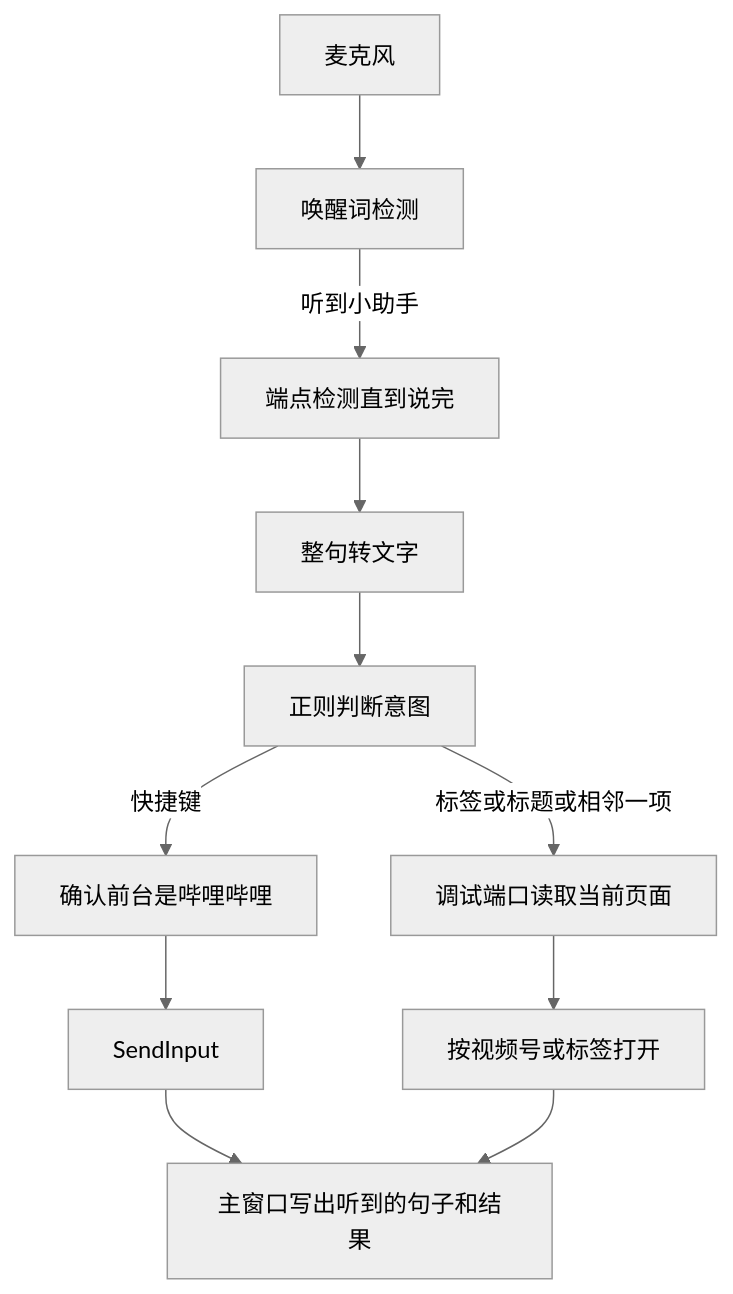
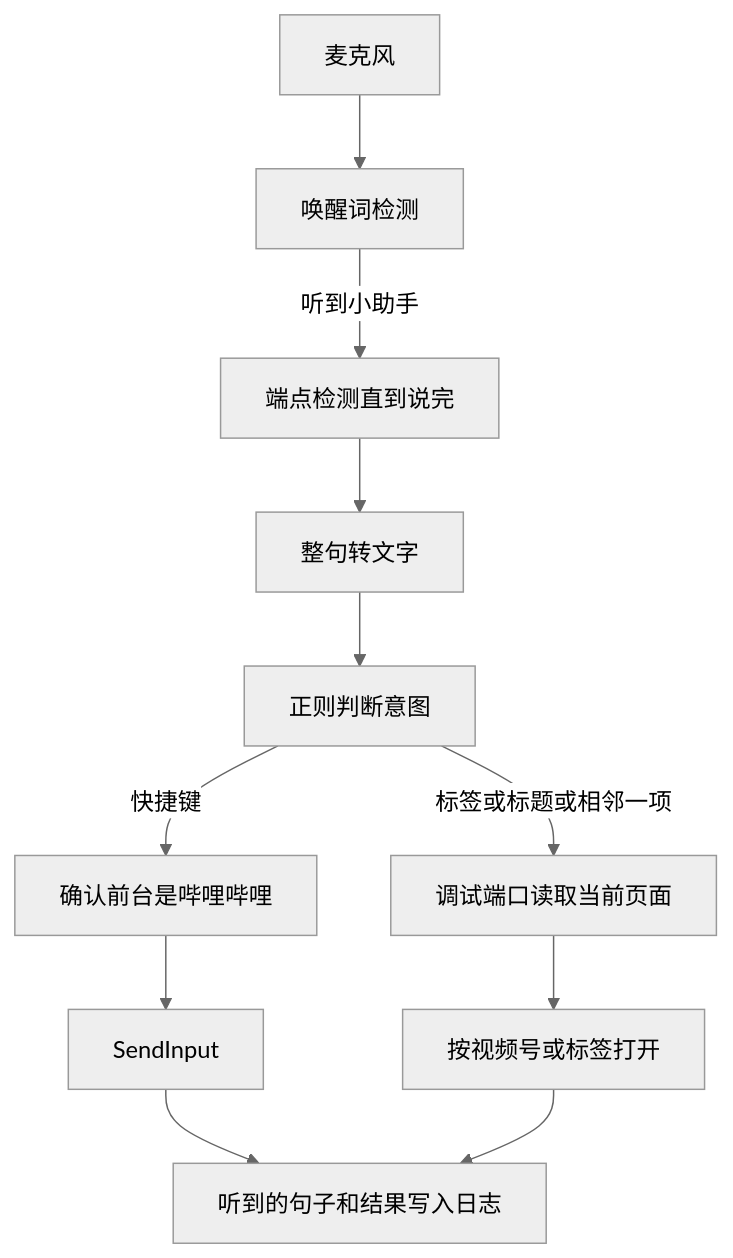
Before and after one commit to dr599kkpf6-maker/VoiceCat_VideoAssist: the diagram in docs/技术设计.md, drawn with Mermaid (neutral theme). The commit also changed other lines of this file and 1 other file, not shown here.

````diff
--- a/docs/技术设计.md
+++ b/docs/技术设计.md
@@ -29,13 +29,13 @@
 ```mermaid
 flowchart TD
   mic[麦克风] --> wake[唤醒词检测]
   wake -->|听到小助手| vad[端点检测直到说完]
   vad --> asr[整句转文字]
   asr --> parse[正则判断意图]
   parse -->|快捷键| focus[确认前台是哔哩哔哩]
   focus --> keys[SendInput]
   parse -->|标签或标题或相邻一项| page[调试端口读取当前页面]
   page --> act[按视频号或标签打开]
-  keys --> ui[主窗口写出听到的句子和结果]
-  act --> ui
+  keys --> log[听到的句子和结果写入日志]
+  act --> log
 ```
````
